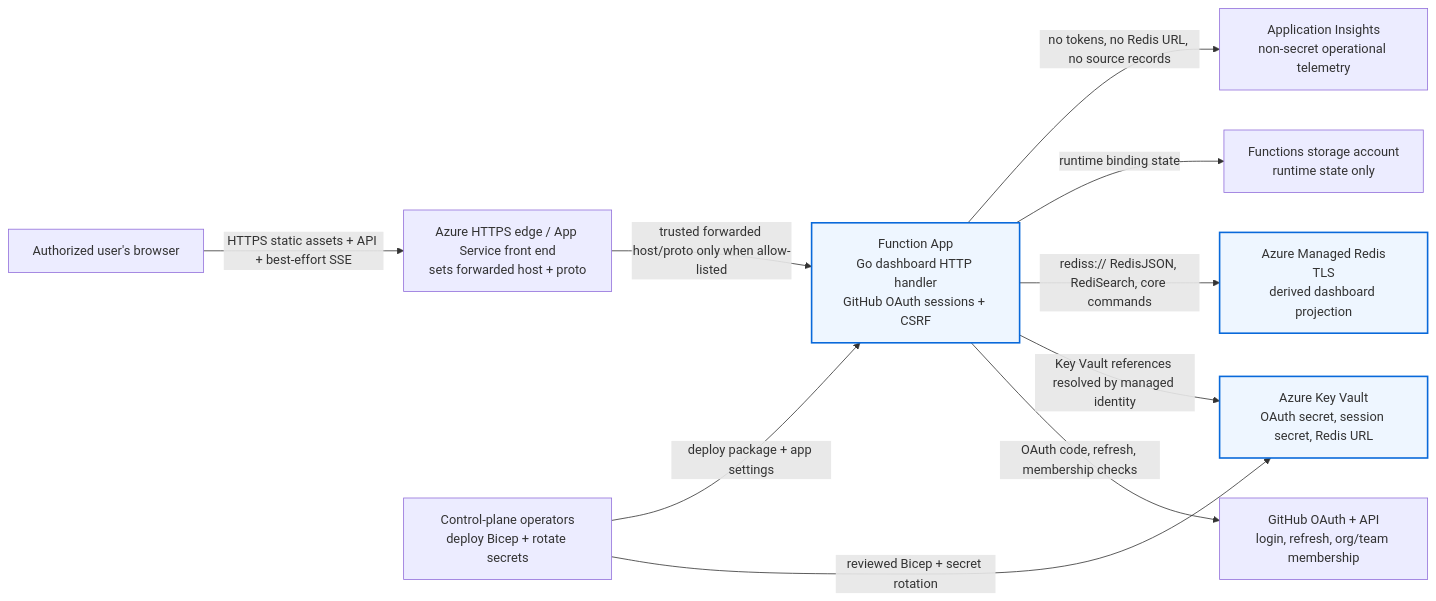
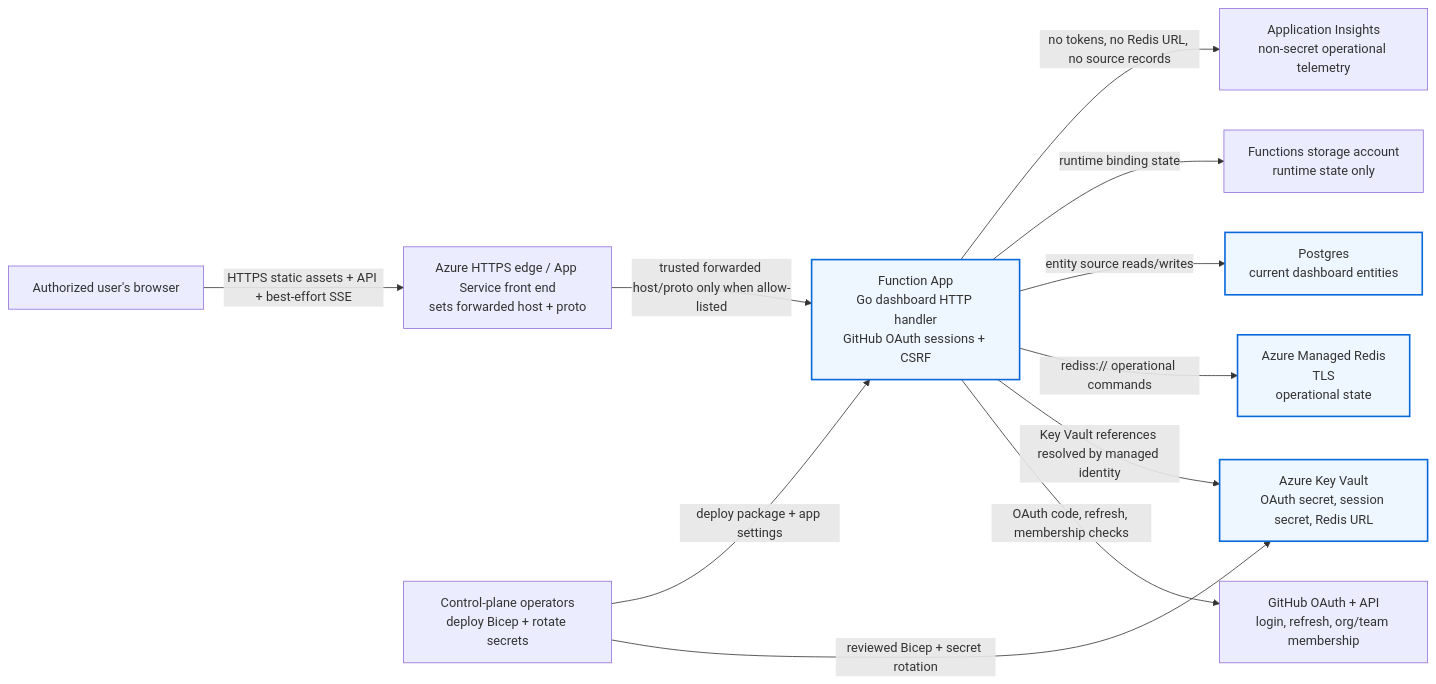
One commit to bradygaster/gh-aw-cao changed the second of 2 diagrams in server/README.md. Above: the diagram before and after it, drawn with Mermaid. The commit also changed other lines of this file and 95 other files, not shown here.

First line of the commit message:
Replace Redis dashboard storage and queries with Postgres (#15576)

````diff
--- a/server/README.md
+++ b/server/README.md
@@ -506,25 +500,27 @@
 ```mermaid
 flowchart LR
   Browser["Authorized user's browser"]
   Edge["Azure HTTPS edge / App Service front end<br/>sets forwarded host + proto"]
   Function["Function App<br/>Go dashboard HTTP handler<br/>GitHub OAuth sessions + CSRF"]
   GitHubOAuth["GitHub OAuth + API<br/>login, refresh, org/team membership"]
   KeyVault["Azure Key Vault<br/>OAuth secret, session secret, Redis URL"]
-  Redis["Azure Managed Redis<br/>TLS<br/>derived dashboard projection"]
+  Postgres["Postgres<br/>current dashboard entities"]
+  Redis["Azure Managed Redis<br/>TLS<br/>operational state"]
   Storage["Functions storage account<br/>runtime state only"]
   Insights["Application Insights<br/>non-secret operational telemetry"]
   Operators["Control-plane operators<br/>deploy Bicep + rotate secrets"]
 
   Browser -->|"HTTPS static assets + API + best-effort SSE"| Edge
   Edge -->|"trusted forwarded host/proto only when allow-listed"| Function
   Function -->|"OAuth code, refresh, membership checks"| GitHubOAuth
   Function -->|"Key Vault references resolved by managed identity"| KeyVault
-  Function -->|"rediss:// RedisJSON, RediSearch, core commands"| Redis
+  Function -->|"rediss:// operational commands"| Redis
+  Function -->|"entity source reads/writes"| Postgres
   Function -->|"runtime binding state"| Storage
   Function -->|"no tokens, no Redis URL, no source records"| Insights
   Operators -->|"reviewed Bicep + secret rotation"| KeyVault
   Operators -->|"deploy package + app settings"| Function
 
   classDef boundary fill:#eef6ff,stroke:#0969da,stroke-width:2px;
-  class Function,KeyVault,Redis boundary;
+  class Function,KeyVault,Postgres,Redis boundary;
 ```
````
